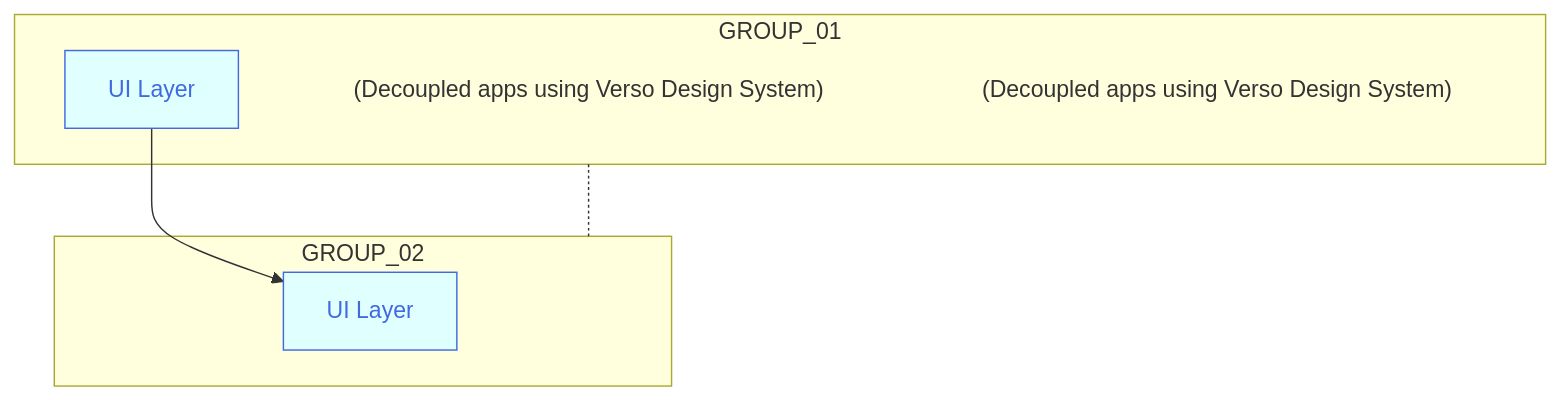
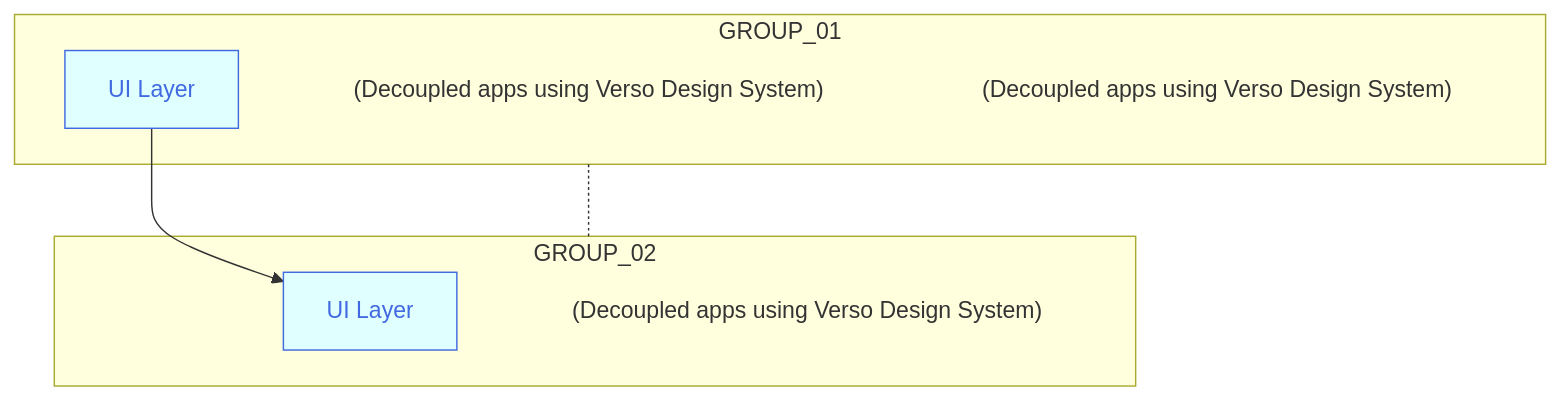
The diagram in buttons_mermaid_v5.md (joe-dorward/samples), drawn with Mermaid before and after one commit.

````diff
--- a/buttons_mermaid_v5.md
+++ b/buttons_mermaid_v5.md
@@ -3,40 +3,40 @@
 ```mermaid
   %%{
     init: {
       "flowchart": { "markdownAutoWrap":"false", "textWrap":"false", "wrappingWidth": "100%" }
     }
   }%%
   flowchart TD
 
   classDef Button fill:lightcyan, stroke:royalblue, color:royalblue;
   classDef Note fill:transparent, stroke-width:0px
   %% ---------- ---------- ---------- ---------- ---------- ---------- ---------- ---------- ---------- ----------
   subgraph GROUP_01
     %%direction LR
 
     BUTTON_01_NOTE["(Decoupled apps using Verso Design System)"]:::Note
 
     BUTTON_01["UI Layer"]:::Button
     click BUTTON_01 "https://en.wikipedia.org/wiki/Main_Page" _blank
     BUTTON_01a_NOTE["(Decoupled apps using Verso Design System)"]:::Note
 
     %%BUTTON_01~~~
     %%BUTTON_01_NOTE
   end
 
   subgraph GROUP_02
     %%direction TD
 
     BUTTON_02["UI Layer"]:::Button
     click BUTTON_02 "https://en.wikipedia.org/wiki/Main_Page" _blank
-    %%BUTTON_02_NOTE["(Decoupled apps using Verso Design System)"]:::Note
+    BUTTON_02_NOTE["(Decoupled apps using Verso Design System)"]:::Note
 
     %%BUTTON_02~~~
     %%BUTTON_02_NOTE
   end
 
 GROUP_01-.-GROUP_02
 
 BUTTON_01-->BUTTON_02
 
 ```
````
